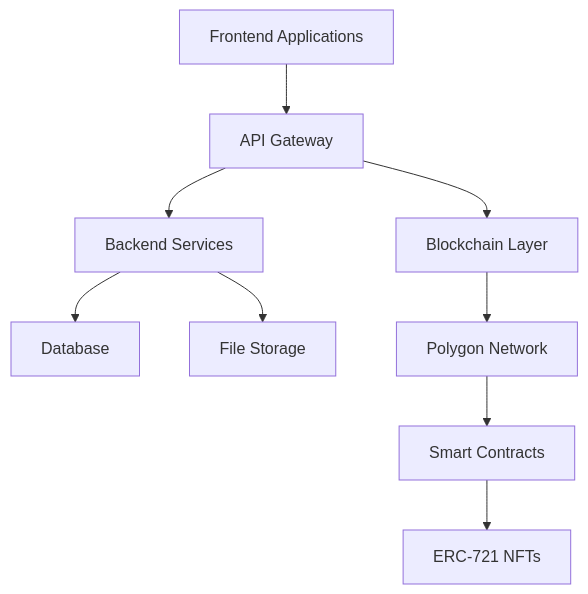
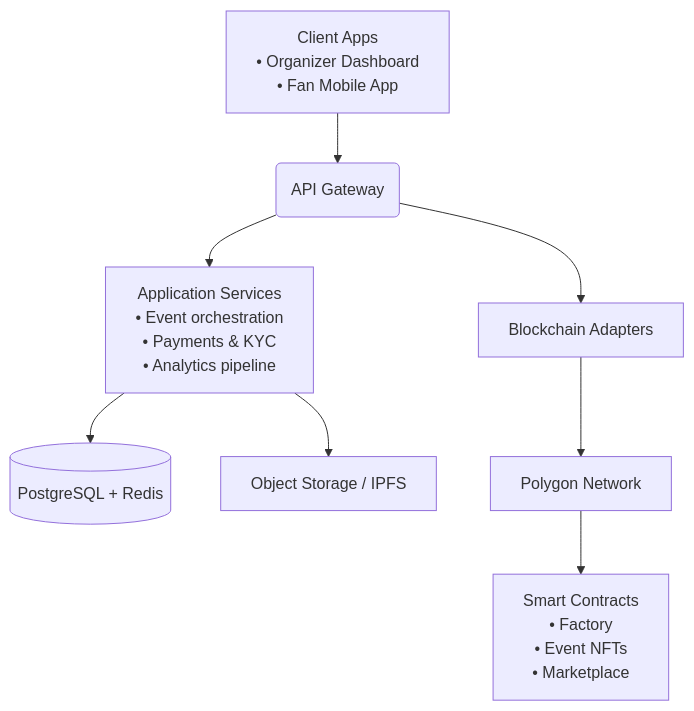
Before and after one commit to Amit00008/momentmm-dcos: the second of 2 diagrams in pages/technical.mdx, drawn with Mermaid. The commit also changed other lines of this file and 14 other files, not shown here.

````diff
--- a/pages/technical.mdx
+++ b/pages/technical.mdx
@@ -11,11 +168,18 @@
 ```mermaid
 graph TB
-    A[Frontend Applications] --> B[API Gateway]
-    B --> C[Backend Services]
-    B --> D[Blockchain Layer]
-    C --> E[Database]
-    C --> F[File Storage]
+    A[Client Apps
+    • Organizer Dashboard
+    • Fan Mobile App] --> B(API Gateway)
+    B --> C[Application Services
+    • Event orchestration
+    • Payments & KYC
+    • Analytics pipeline]
+    B --> D[Blockchain Adapters]
+    C --> E[(PostgreSQL + Redis)]
+    C --> F[Object Storage / IPFS]
     D --> G[Polygon Network]
-    G --> H[Smart Contracts]
-    H --> I[ERC-721 NFTs]
+    G --> H[Smart Contracts
+    • Factory
+    • Event NFTs
+    • Marketplace]
 ```
````
